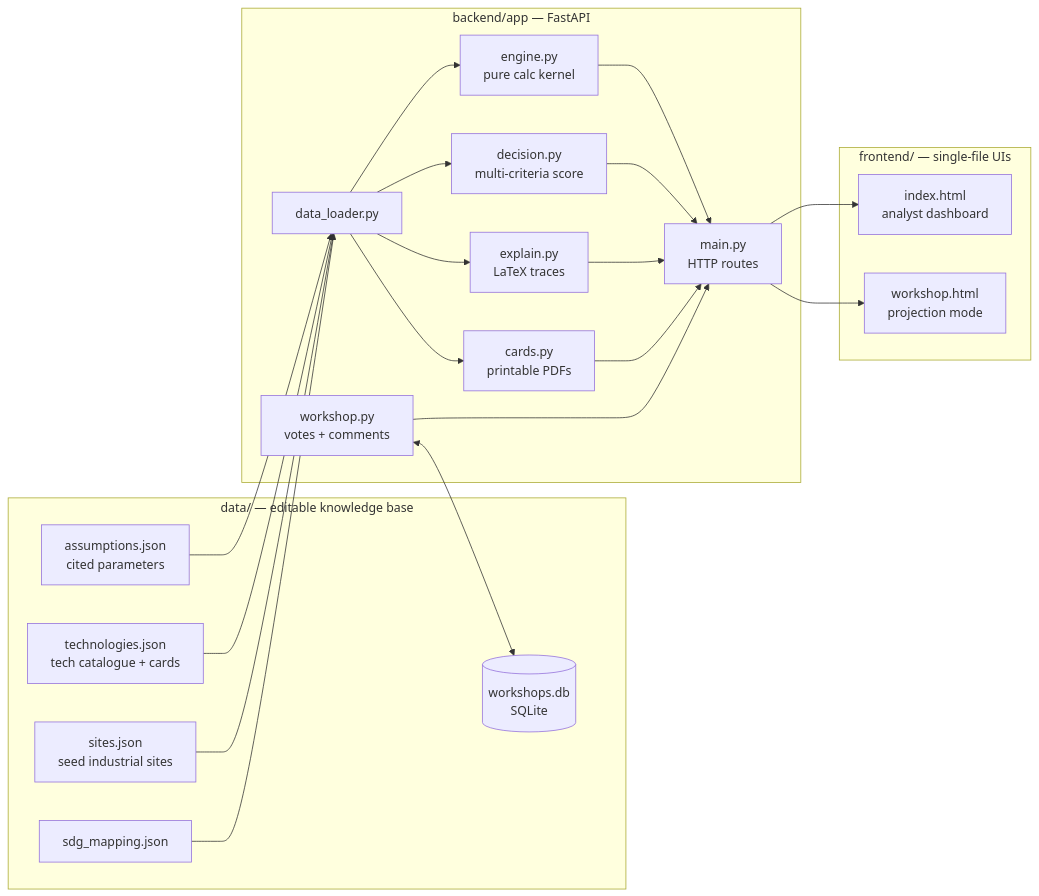
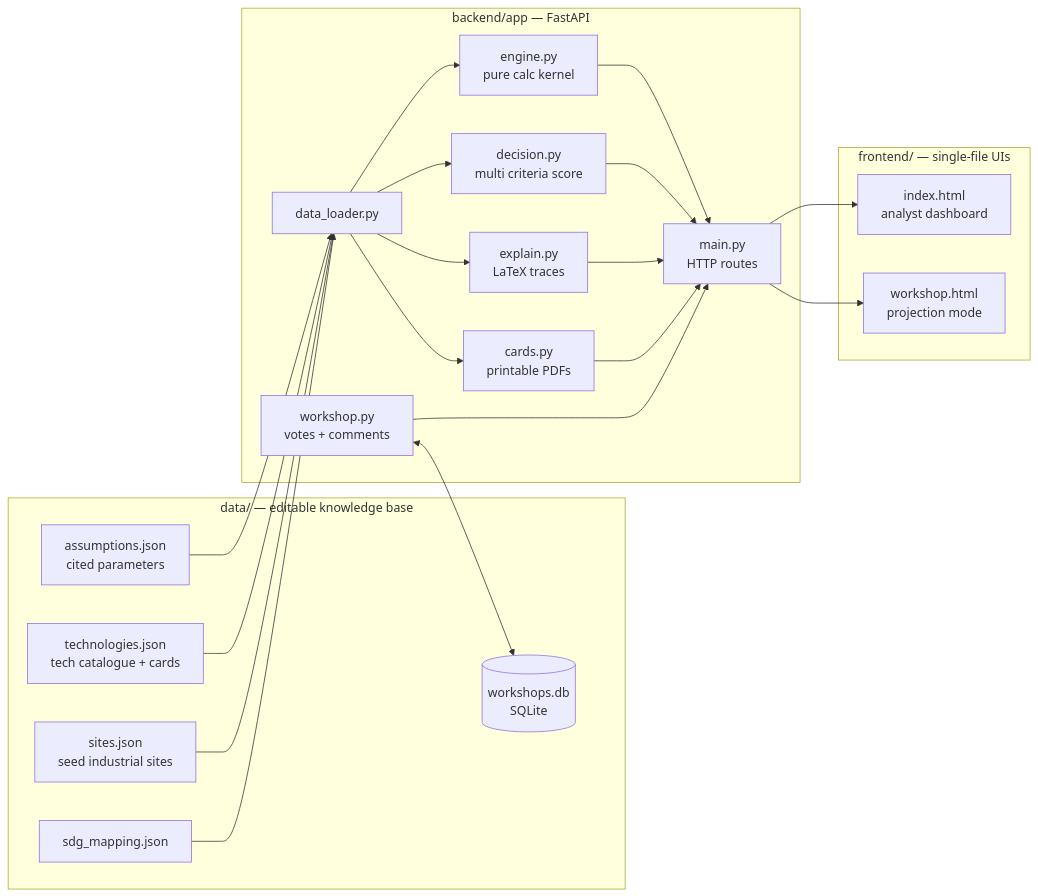
The diagram in README.md (defnalk/laidlaw), drawn with Mermaid before and after one commit. The commit also changed other lines of this file, not shown here.

````diff
--- a/README.md
+++ b/README.md
@@ -38,42 +38,42 @@
 ```mermaid
 flowchart LR
     subgraph Data["data/ — editable knowledge base"]
         A[assumptions.json<br/>cited parameters]
         T[technologies.json<br/>tech catalogue + cards]
         S[sites.json<br/>seed industrial sites]
         G[sdg_mapping.json]
         DB[(workshops.db<br/>SQLite)]
     end
 
     subgraph Backend["backend/app — FastAPI"]
         L[data_loader.py]
         E[engine.py<br/>pure calc kernel]
-        D[decision.py<br/>multi-criteria score]
+        D[decision.py<br/>multi criteria score]
         X[explain.py<br/>LaTeX traces]
         C[cards.py<br/>printable PDFs]
         W[workshop.py<br/>votes + comments]
         M[main.py<br/>HTTP routes]
     end
 
     subgraph Frontend["frontend/ — single-file UIs"]
         UI[index.html<br/>analyst dashboard]
         WS[workshop.html<br/>projection mode]
     end
 
     A --> L
     T --> L
     S --> L
     G --> L
     L --> E
     L --> D
     L --> X
     L --> C
     E --> M
     D --> M
     X --> M
     C --> M
     W <--> DB
     W --> M
     M --> UI
     M --> WS
 ```
````
